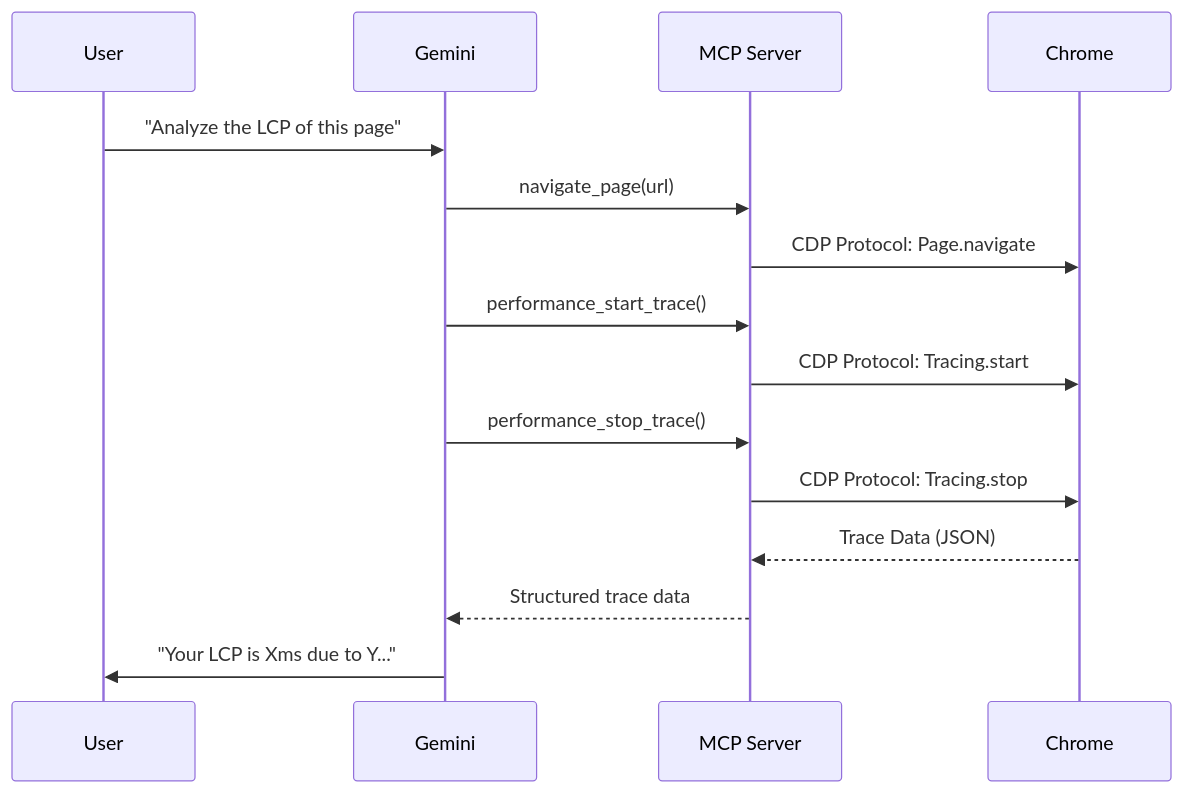
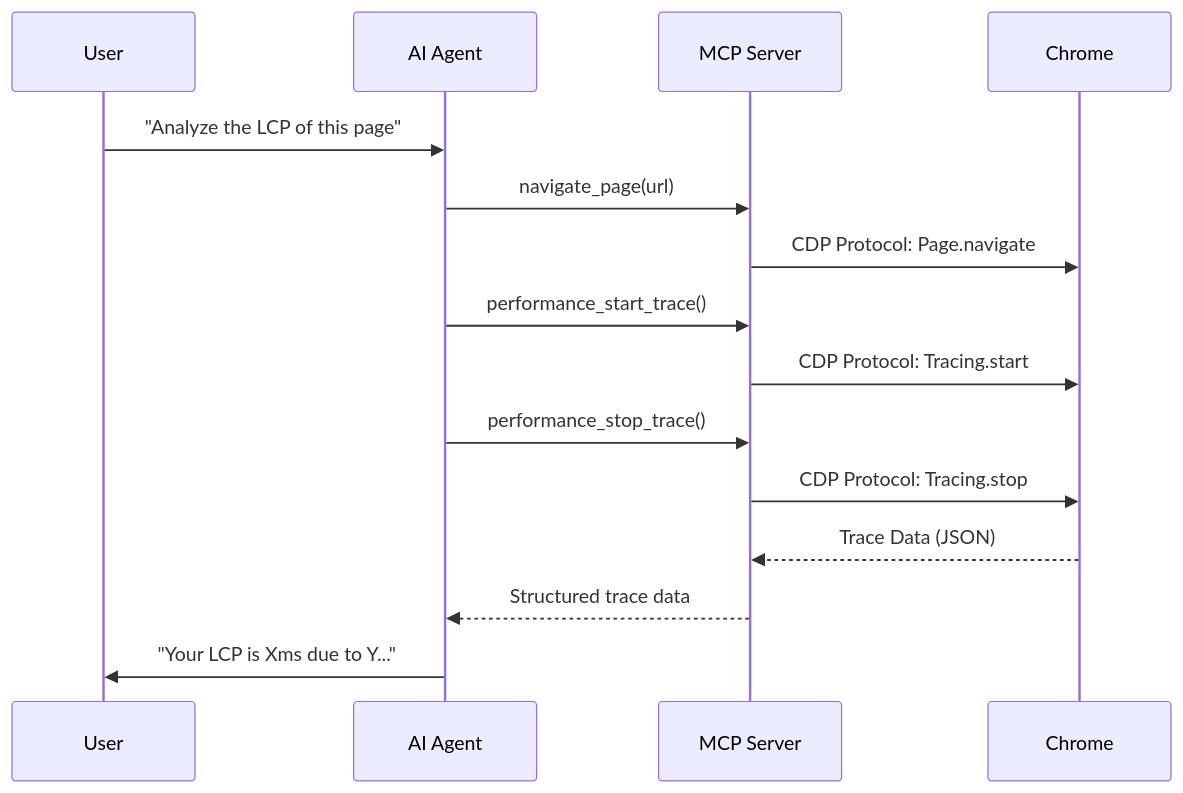
Before and after one commit to nucliweb/webperf-debugging-devtools-mcp: the diagram in docs/anatomy-mcp.md, drawn with Mermaid. The commit also changed other lines of this file and 38 other files, not shown here.

````diff
--- a/docs/anatomy-mcp.md
+++ b/docs/anatomy-mcp.md
@@ -40,18 +40,18 @@
 ```mermaid
 sequenceDiagram
     participant U as User
-    participant G as Gemini
+    participant A as AI Agent
     participant M as MCP Server
     participant C as Chrome
 
-    U->>G: "Analyze the LCP of this page"
-    G->>M: navigate_page(url)
+    U->>A: "Analyze the LCP of this page"
+    A->>M: navigate_page(url)
     M->>C: CDP Protocol: Page.navigate
-    G->>M: performance_start_trace()
+    A->>M: performance_start_trace()
     M->>C: CDP Protocol: Tracing.start
-    G->>M: performance_stop_trace()
+    A->>M: performance_stop_trace()
     M->>C: CDP Protocol: Tracing.stop
     C-->>M: Trace Data (JSON)
-    M-->>G: Structured trace data
-    G->>U: "Your LCP is Xms due to Y..."
+    M-->>A: Structured trace data
+    A->>U: "Your LCP is Xms due to Y..."
 ```
````
